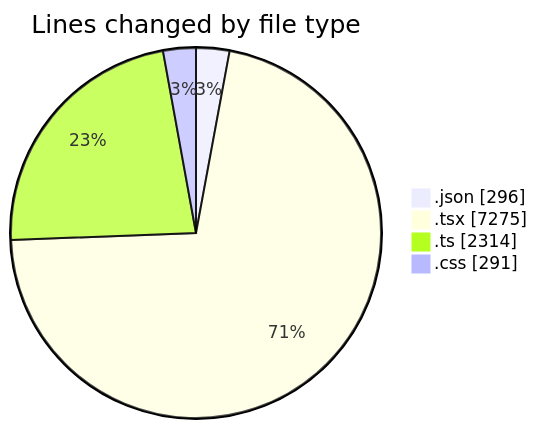
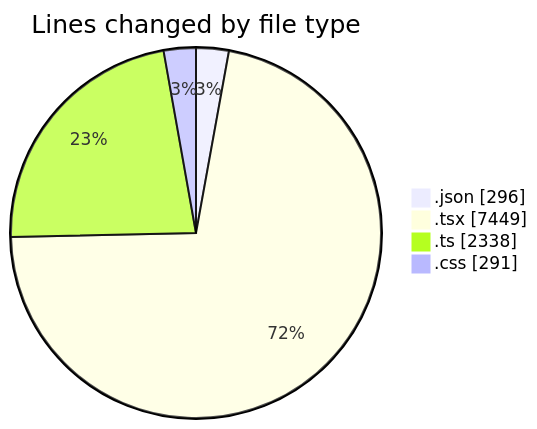
Before and after one commit to julien-gomy/code-tracking: the first of 2 diagrams in 2025-10-07/eventscop-frontend-guide__workspace_/README.md, drawn with Mermaid. The commit also changed other lines of this file and 1 other file, not shown here.

````diff
--- a/2025-10-07/eventscop-frontend-guide__workspace_/README.md
+++ b/2025-10-07/eventscop-frontend-guide__workspace_/README.md
@@ -76,8 +77,8 @@
 ```mermaid
 pie showData
 title Lines changed by file type
 ".json" : 296
-".tsx" : 7275
-".ts" : 2314
+".tsx" : 7449
+".ts" : 2338
 ".css" : 291
 ```
````
